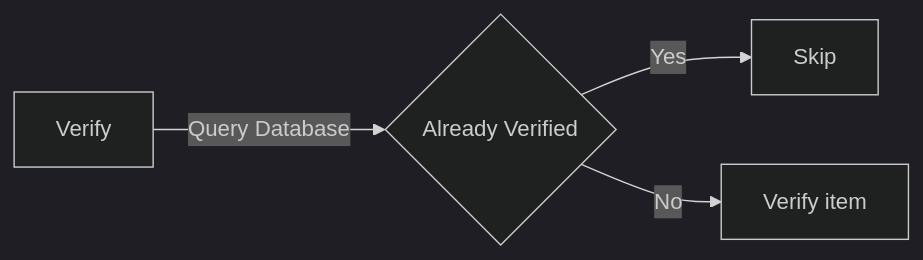
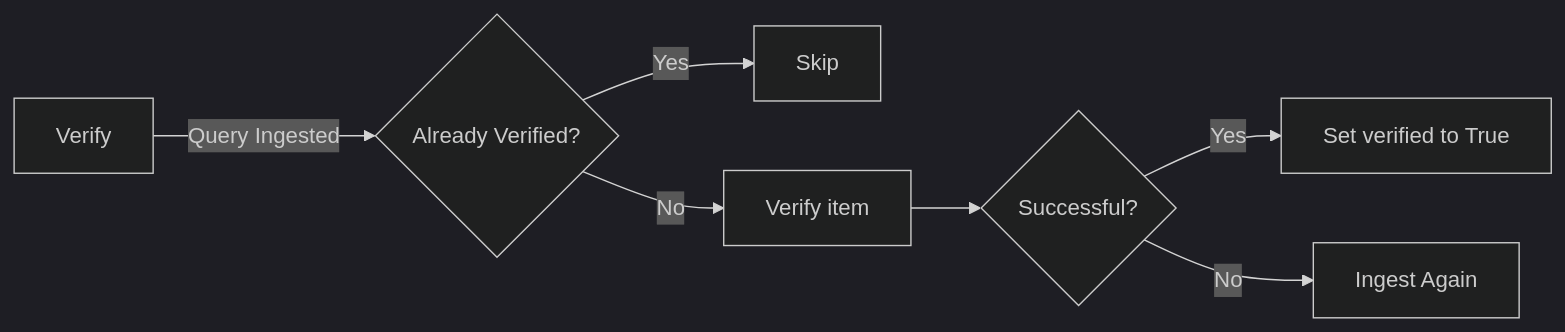
Before and after one commit to kaust-library-systems/r2pdb: the third of 3 diagrams in README.md, drawn with Mermaid (dark theme).

Commit message:
Extended the flowchart

````diff
--- a/README.md
+++ b/README.md
@@ -72,6 +72,8 @@
 ```mermaid
 flowchart LR
-	A[Verify] -->|Query Database| B{Already Verified}
+	A[Verify] -->|Query Ingested| B{Already Verified?}
 	B -->|Yes| C[Skip]
-	B -->|No| D[Verify item]
+	B -->|No| D[Verify item] -->E{Successful?}
+    E -->|Yes| F[Set verified to True]
+    E -->|No| G[Ingest Again]
 ```
````
